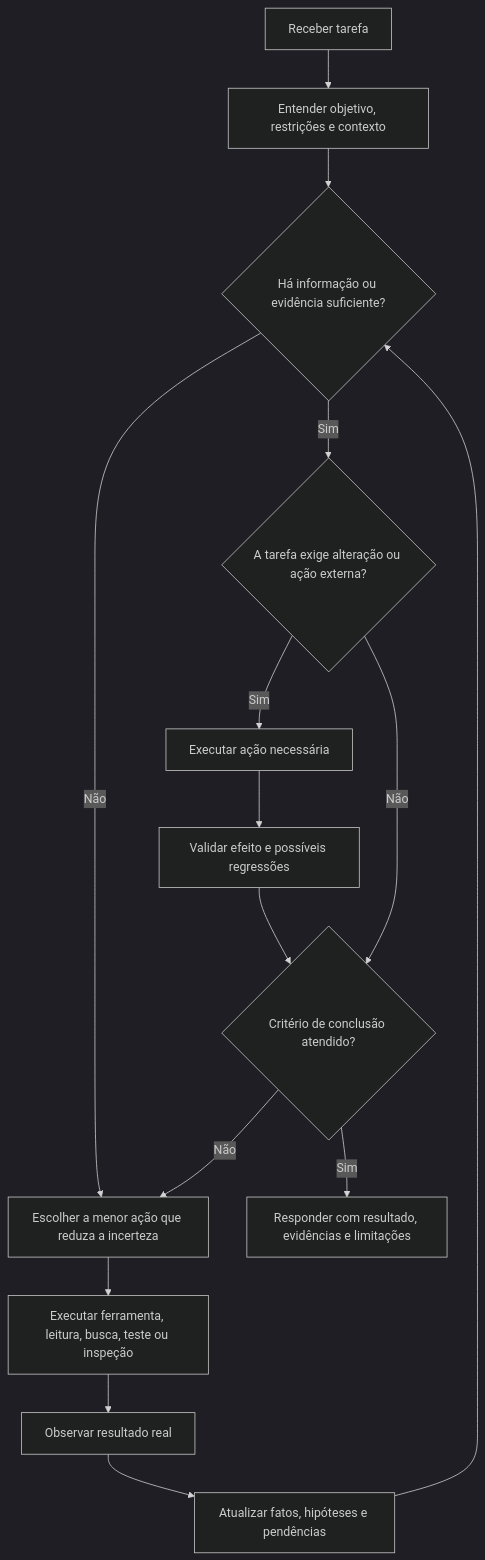
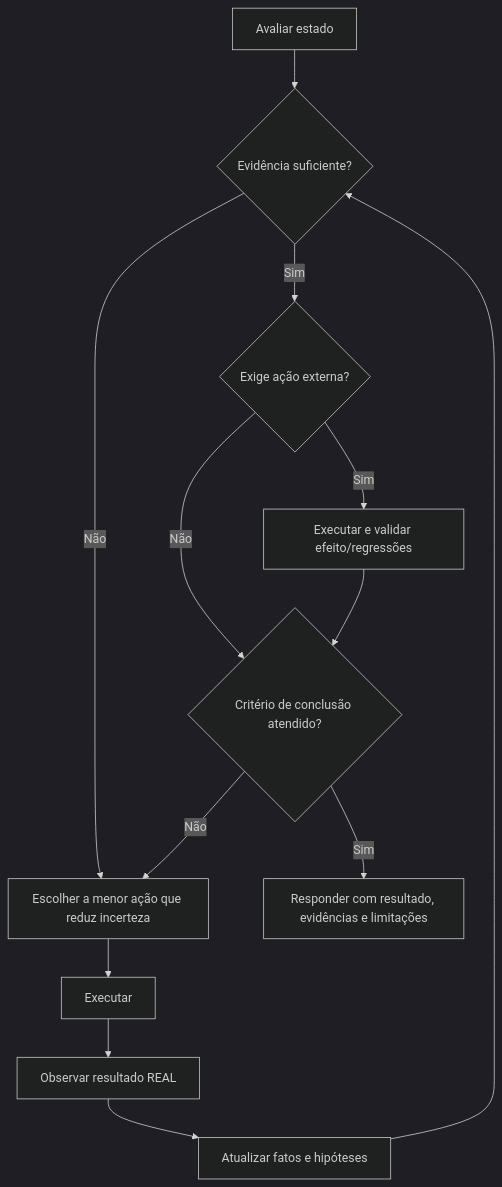
The diagram in .agents/skills/pelizzai-reasoning/techniques/react.md (rpelizza/PelizzAI), drawn with Mermaid (dark theme) before and after one commit. The commit also changed other lines of this file and 46 other files, not shown here.

````diff
--- a/.agents/skills/pelizzai-reasoning/techniques/react.md
+++ b/.agents/skills/pelizzai-reasoning/techniques/react.md
@@ -27,22 +28,15 @@
 ```mermaid
 flowchart TD
-    A[Receber tarefa] --> B[Entender objetivo, restrições e contexto]
-    B --> C{Há informação ou evidência suficiente?}
-
-    C -- Não --> D[Escolher a menor ação que reduza a incerteza]
-    D --> E[Executar ferramenta, leitura, busca, teste ou inspeção]
-    E --> F[Observar resultado real]
-    F --> G[Atualizar fatos, hipóteses e pendências]
-    G --> C
-
-    C -- Sim --> H{A tarefa exige alteração ou ação externa?}
-
-    H -- Sim --> I[Executar ação necessária]
-    I --> J[Validar efeito e possíveis regressões]
-    J --> K{Critério de conclusão atendido?}
-
-    H -- Não --> K
-
-    K -- Não --> D
-    K -- Sim --> L[Responder com resultado, evidências e limitações]
+    A[Avaliar estado] --> B{Evidência suficiente?}
+    B -- Não --> C[Escolher a menor ação que reduz incerteza]
+    C --> D[Executar]
+    D --> E[Observar resultado REAL]
+    E --> F[Atualizar fatos e hipóteses]
+    F --> B
+    B -- Sim --> G{Exige ação externa?}
+    G -- Sim --> H[Executar e validar efeito/regressões]
+    G -- Não --> I{Critério de conclusão atendido?}
+    H --> I
+    I -- Não --> C
+    I -- Sim --> J[Responder com resultado, evidências e limitações]
 ```
````
